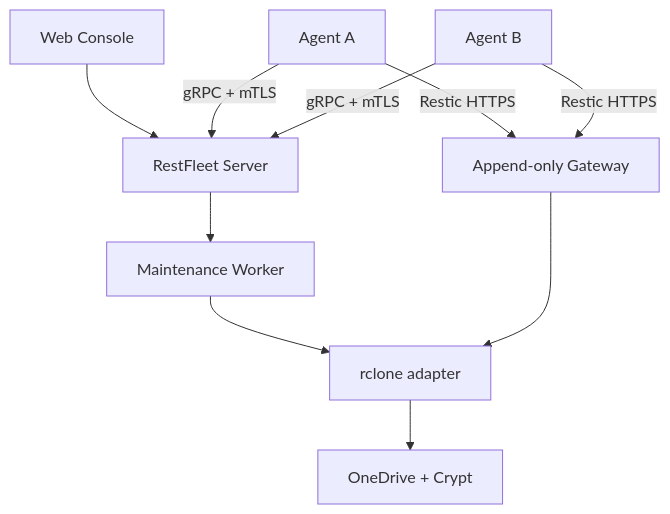
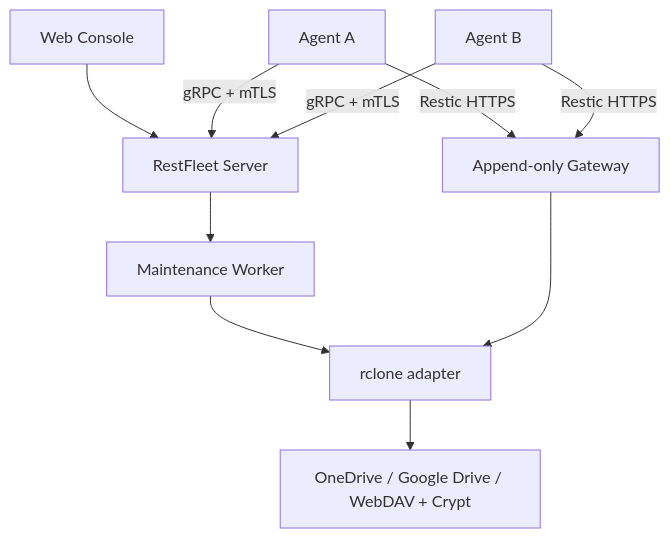
The diagram in docs/spec/01-architecture.md (sagehou/restfleet), drawn with Mermaid before and after one commit. The commit also changed other lines of this file and 37 other files, not shown here.

Commit message:
feat(m4): support Google Drive and secure HTTPS WebDAV backends

````diff
--- a/docs/spec/01-architecture.md
+++ b/docs/spec/01-architecture.md
@@ -15,12 +15,12 @@
 ```mermaid
 flowchart TB
     UI["Web Console"] --> CP["RestFleet Server"]
     A1["Agent A"] -->|"gRPC + mTLS"| CP
     A2["Agent B"] -->|"gRPC + mTLS"| CP
     A1 -->|"Restic HTTPS"| GW["Append-only Gateway"]
     A2 -->|"Restic HTTPS"| GW
     CP --> MW["Maintenance Worker"]
     MW --> RC["rclone adapter"]
     GW --> RC
-    RC --> OD["OneDrive + Crypt"]
+    RC --> OD["OneDrive / Google Drive / WebDAV + Crypt"]
 ```
````
